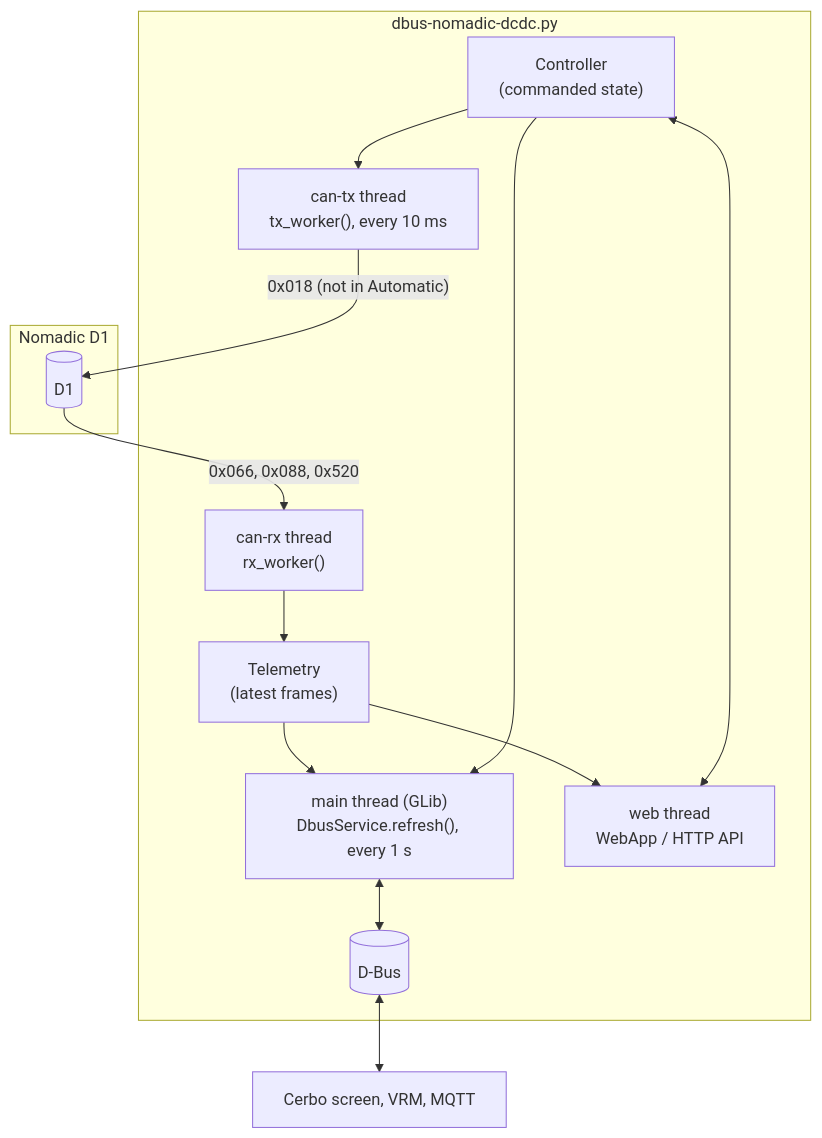
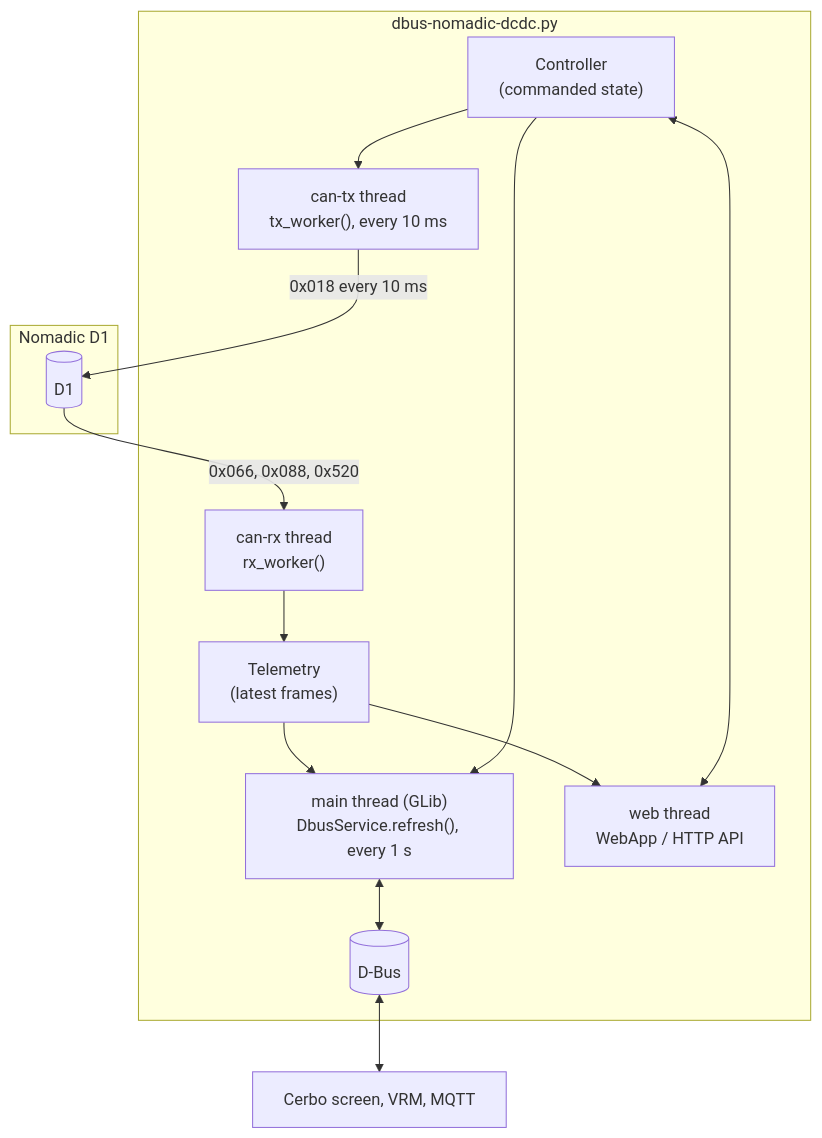
The diagram in docs/developer-guide.md (CKOCI13/cerbo-nomadic-d1), drawn with Mermaid before and after one commit. The commit also changed other lines of this file and 17 other files, not shown here.

````diff
--- a/docs/developer-guide.md
+++ b/docs/developer-guide.md
@@ -42,18 +43,18 @@
 ```mermaid
 flowchart TB
     subgraph D1side["Nomadic D1"]
         D1[(D1)]
     end
     subgraph Driver["dbus-nomadic-dcdc.py"]
         RX["can-rx thread<br/>rx_worker()"] --> TEL["Telemetry<br/>(latest frames)"]
         CTRL["Controller<br/>(commanded state)"] --> TX["can-tx thread<br/>tx_worker(), every 10 ms"]
         TEL --> MAIN["main thread (GLib)<br/>DbusService.refresh(), every 1 s"]
         CTRL --> MAIN
         TEL --> WEB["web thread<br/>WebApp / HTTP API"]
         CTRL <--> WEB
         MAIN <--> DBUS[(D-Bus)]
     end
     D1 -- "0x066, 0x088, 0x520" --> RX
-    TX -- "0x018 (not in Automatic)" --> D1
+    TX -- "0x018 every 10 ms" --> D1
     DBUS <--> GUI["Cerbo screen, VRM, MQTT"]
 ```
````
